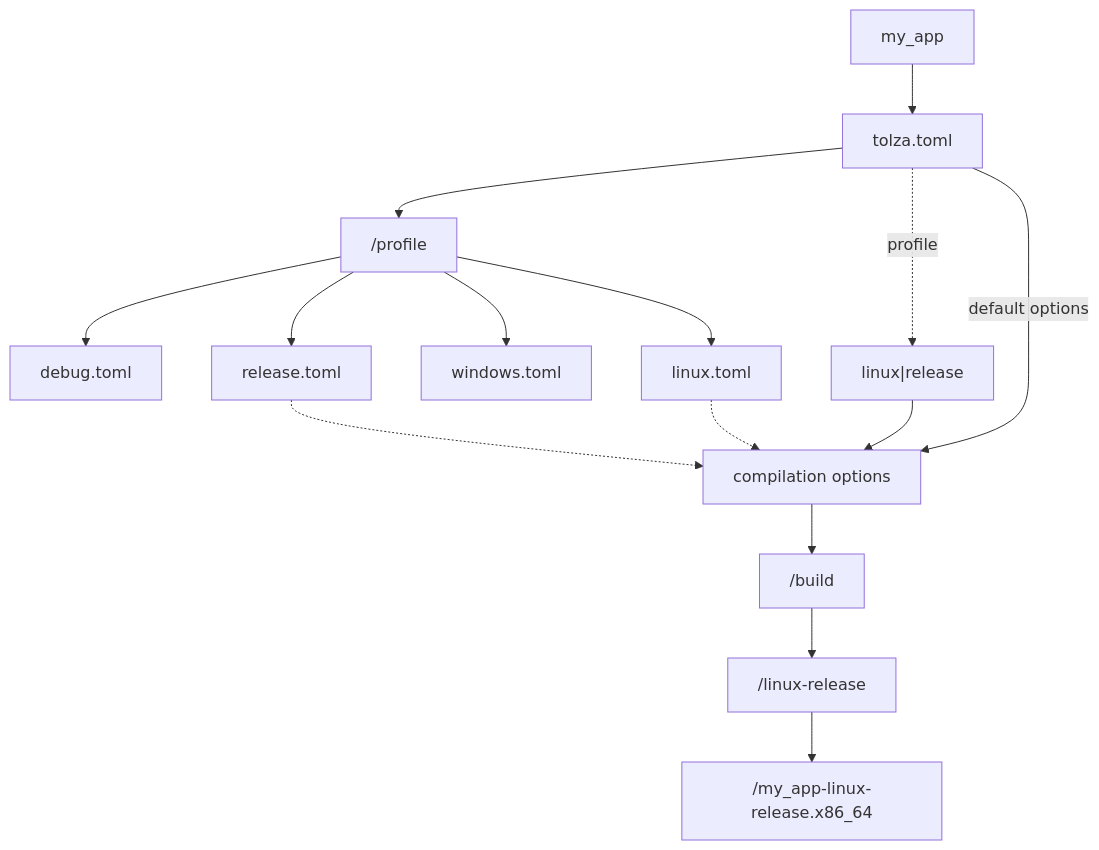
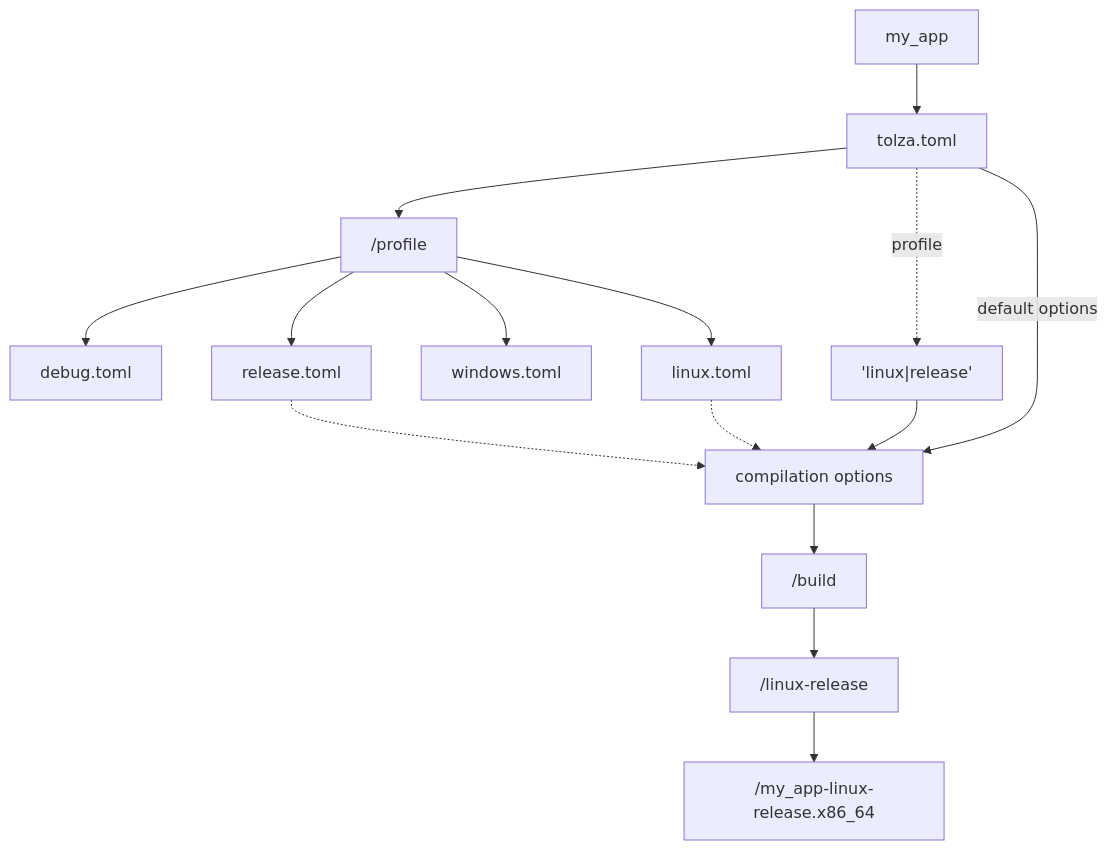
One commit to TheProgrammare/Tolza changed the diagram in docs/wiki/compiler/profile.md. Above: the diagram before and after it, drawn with Mermaid.

````diff
--- a/docs/wiki/compiler/profile.md
+++ b/docs/wiki/compiler/profile.md
@@ -19,19 +19,19 @@
 ```mermaid
 flowchart TD
   AA[my_app] --> A[tolza.toml]
   A --> B["/profile"]
   B --> C[debug.toml]
   B --> C1[release.toml]
   B --> C2[windows.toml]
   B --> C3[linux.toml]
 
-  A -. profile .-> D["linux|release"]
+  A -. profile .-> D["'linux|release'"]
   D --> E[compilation options]
   A -- default options --> E
   C1 .-> E
   C3 .-> E
 
   E --> F["/build"]
   F --> G["/linux-release"]
   G --> H["/my_app-linux-release.x86_64"]
 ```
````
